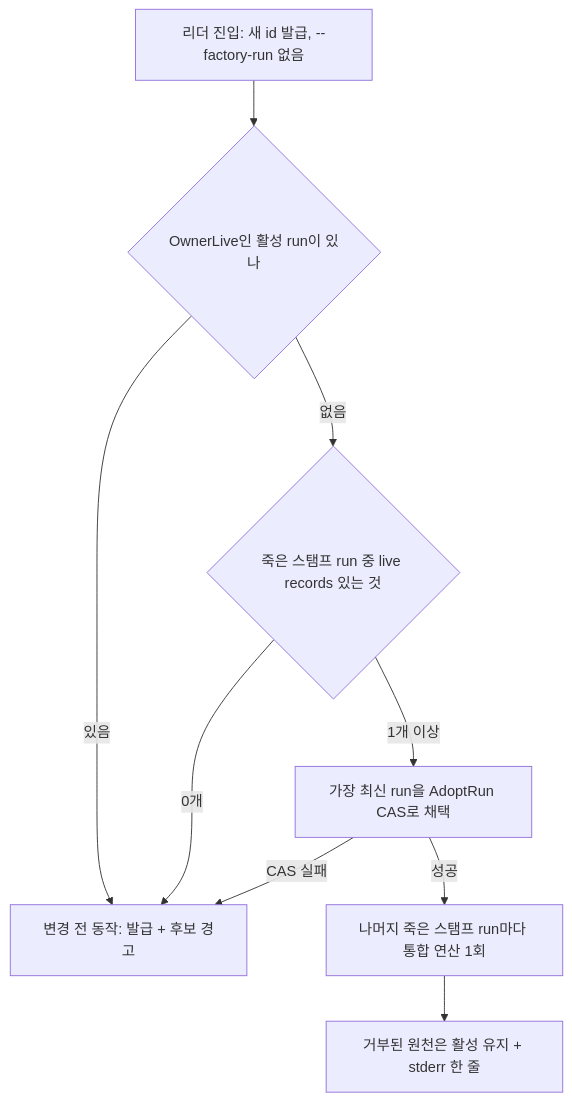
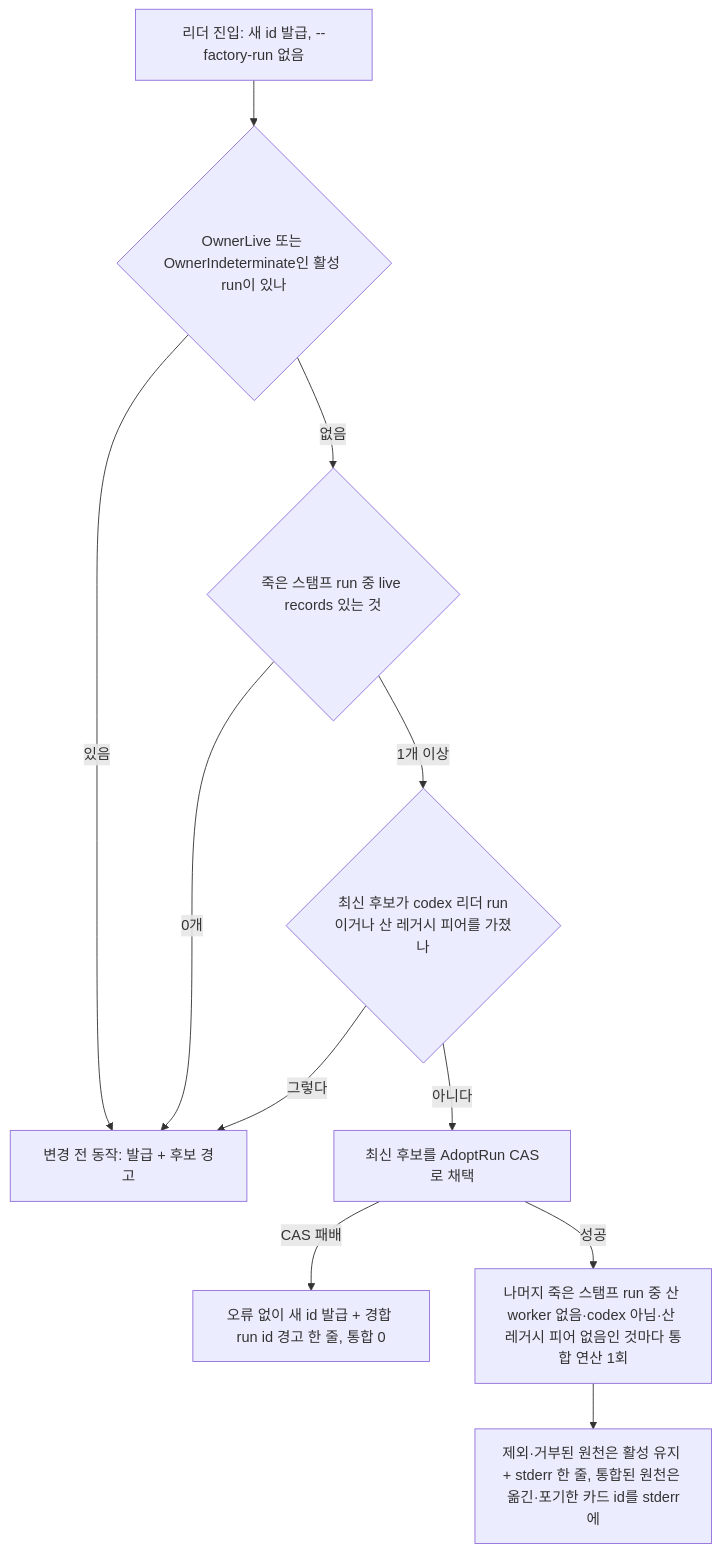
Before and after one commit to modu-ai/moai-adk: the diagram in .moai/specs/SPEC-FACTORY-COMPLETION-RECOVERY-001/design.md, drawn with Mermaid. The commit also changed other lines of this file and 7 other files, not shown here.

````diff
--- a/.moai/specs/SPEC-FACTORY-COMPLETION-RECOVERY-001/design.md
+++ b/.moai/specs/SPEC-FACTORY-COMPLETION-RECOVERY-001/design.md
@@ -23,11 +23,13 @@
 ```mermaid
 flowchart TD
-  A[리더 진입: 새 id 발급, --factory-run 없음] --> B{OwnerLive인 활성 run이 있나}
+  A[리더 진입: 새 id 발급, --factory-run 없음] --> B{OwnerLive 또는 OwnerIndeterminate인 활성 run이 있나}
   B -- 있음 --> Z[변경 전 동작: 발급 + 후보 경고]
   B -- 없음 --> C{죽은 스탬프 run 중 live records 있는 것}
   C -- 0개 --> Z
-  C -- 1개 이상 --> D[가장 최신 run을 AdoptRun CAS로 채택]
-  D -- CAS 실패 --> Z
-  D -- 성공 --> E[나머지 죽은 스탬프 run마다 통합 연산 1회]
-  E --> F[거부된 원천은 활성 유지 + stderr 한 줄]
+  C -- 1개 이상 --> G{최신 후보가 codex 리더 run이거나 산 레거시 피어를 가졌나}
+  G -- 그렇다 --> Z
+  G -- 아니다 --> D[최신 후보를 AdoptRun CAS로 채택]
+  D -- CAS 패배 --> Y[오류 없이 새 id 발급 + 경합 run id 경고 한 줄, 통합 0]
+  D -- 성공 --> E[나머지 죽은 스탬프 run 중 산 worker 없음·codex 아님·산 레거시 피어 없음인 것마다 통합 연산 1회]
+  E --> F[제외·거부된 원천은 활성 유지 + stderr 한 줄, 통합된 원천은 옮긴·포기한 카드 id를 stderr에]
 ```
````
